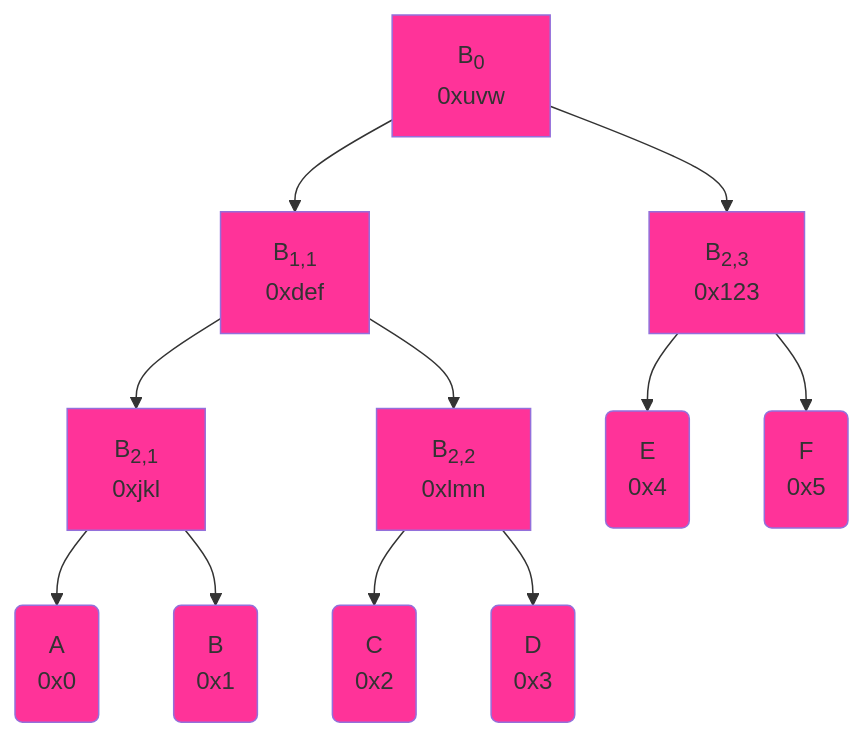
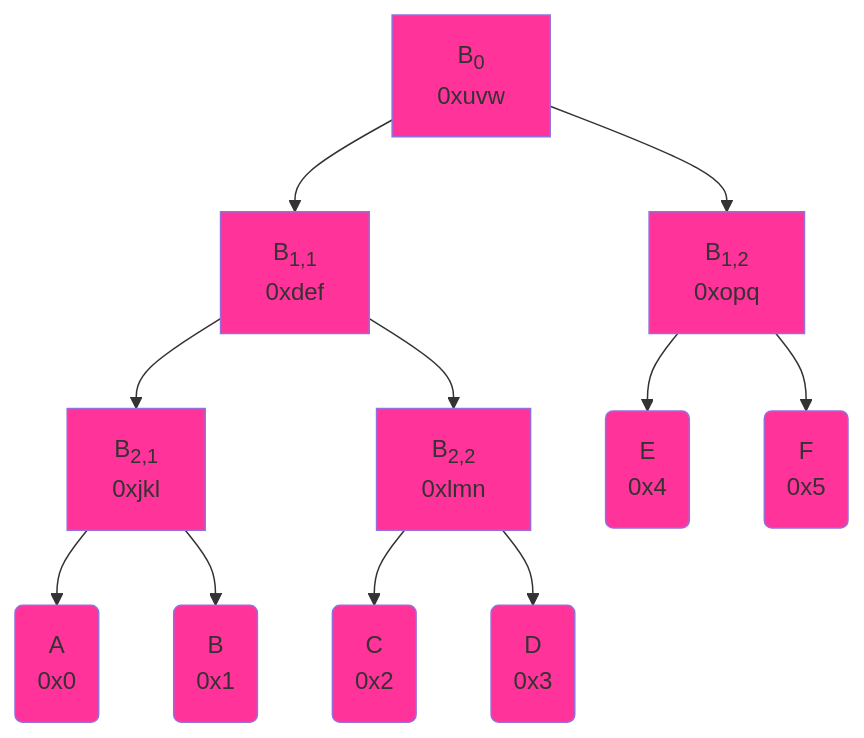
One commit to attestate/kiwistand changed the second of 3 diagrams in docs/source/protocol-guide.rst. Above: the diagram before and after it, drawn with Mermaid. The commit also changed other lines of this file and 1 other file, not shown here.

```diff
--- a/docs/source/protocol-guide.rst
+++ b/docs/source/protocol-guide.rst
@@ -161,25 +161,25 @@
 .. mermaid::
    
  graph TD
      B_0[B<sub>0</sub><br>0xuvw] --> B_1,1[B<sub>1,1</sub><br>0xdef]
-     B_0 --> B_2,3[B<sub>2,3</sub><br>0x123]
+     B_0 --> B_1,2[B<sub>1,2</sub><br>0xopq]
      B_1,1 --> B_2,1[B<sub>2,1</sub><br>0xjkl]
      B_1,1 --> B_2,2[B<sub>2,2</sub><br>0xlmn]
      B_2,1 --> A("A"<br>0x0)
      B_2,1 --> B("B"<br>0x1)
      B_2,2 --> C("C"<br>0x2)
      B_2,2 --> D("D"<br>0x3)
-     B_2,3 --> E("E"<br>0x4)
-     B_2,3 --> F("F"<br>0x5)
+     B_1,2 --> E("E"<br>0x4)
+     B_1,2 --> F("F"<br>0x5)
 
      style B_0 fill:#FF3399
      style B_1,1 fill:#FF3399
      style B_2,1 fill:#FF3399
      style B_2,2 fill:#FF3399
-     style B_2,3 fill:#FF3399
+     style B_1,2 fill:#FF3399
      style A fill:#FF3399
      style B fill:#FF3399
      style C fill:#FF3399
      style D fill:#FF3399
      style E fill:#FF3399
      style F fill:#FF3399
```
